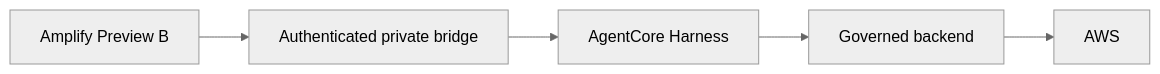
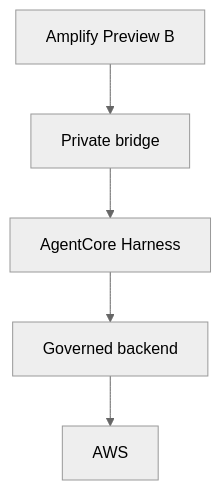
Before and after one commit to mytestlab123/agentcore2: the diagram in showcases/chatgpt-sites-preview-b/ARCHITECTURE.md, drawn with Mermaid (neutral theme). The commit also changed other lines of this file and 10 other files, not shown here.

````diff
--- a/showcases/chatgpt-sites-preview-b/ARCHITECTURE.md
+++ b/showcases/chatgpt-sites-preview-b/ARCHITECTURE.md
@@ -11,7 +11,7 @@
 ```mermaid
-flowchart LR
-  A[Amplify Preview B] --> B[Authenticated private bridge]
+flowchart TD
+  A[Amplify Preview B] --> B[Private bridge]
   B --> C[AgentCore Harness]
   C --> D[Governed backend]
   D --> E[AWS]
 ```
````
